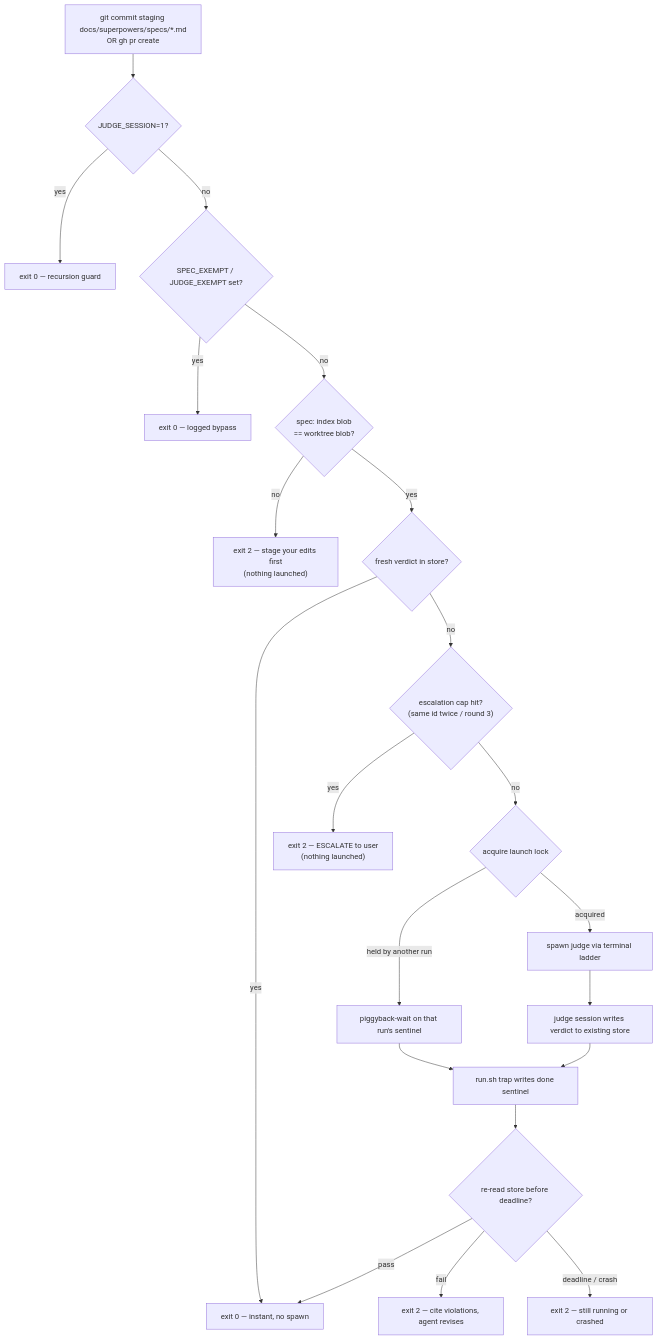
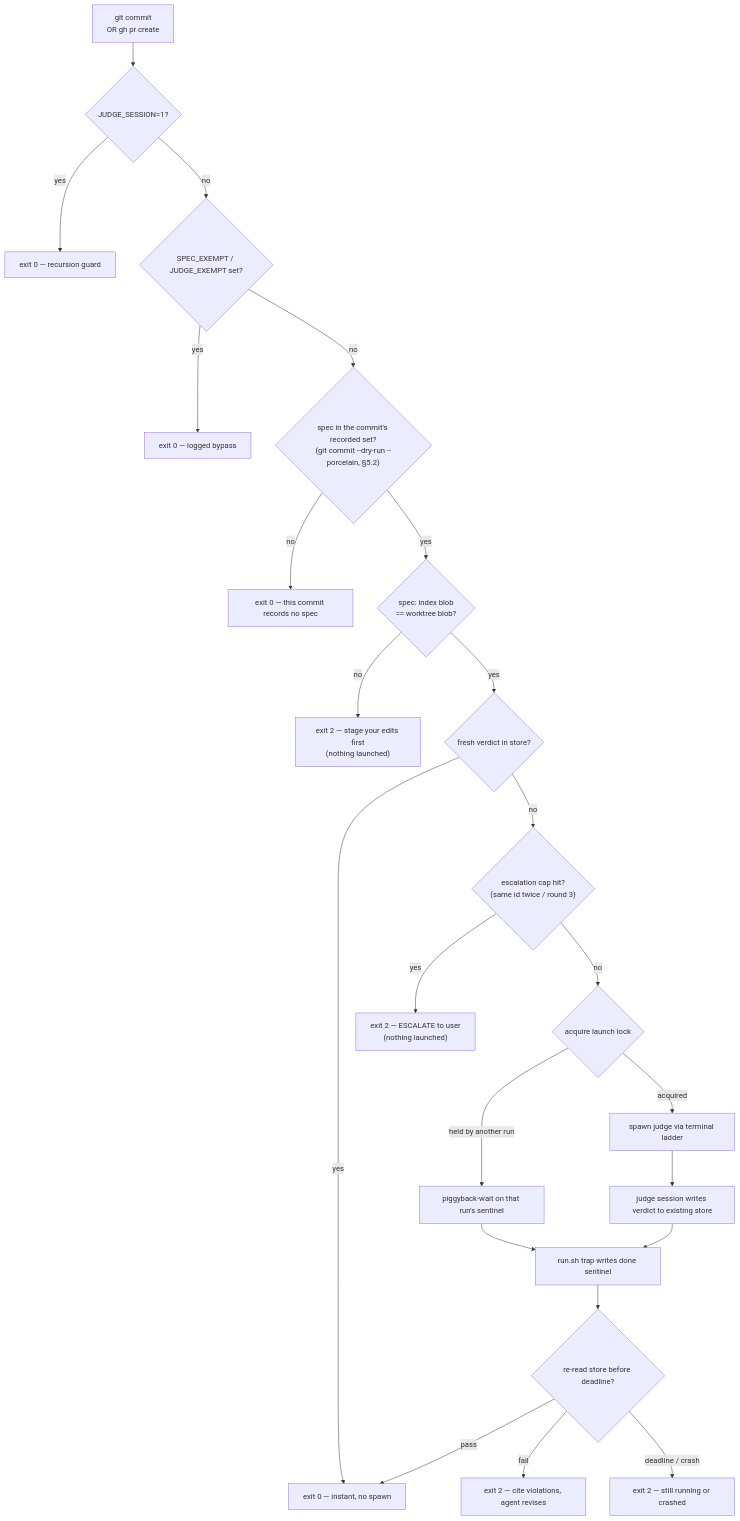
The first of 3 diagrams in docs/superpowers/specs/2026-07-20-judge-terminal-enforcement-design.md (suyatdev/.claude), drawn with Mermaid before and after one commit. The commit also changed other lines of this file, not shown here.

First line of the commit message:
docs(spec): round 4 revision — launcher-derived prior violations, dry-run set detection

````diff
--- a/docs/superpowers/specs/2026-07-20-judge-terminal-enforcement-design.md
+++ b/docs/superpowers/specs/2026-07-20-judge-terminal-enforcement-design.md
@@ -64,23 +66,25 @@
 ```mermaid
 flowchart TD
-    A["git commit staging docs/superpowers/specs/*.md<br/>OR gh pr create"] --> B{"JUDGE_SESSION=1?"}
+    A["git commit<br/>OR gh pr create"] --> B{"JUDGE_SESSION=1?"}
     B -- yes --> Z["exit 0 — recursion guard"]
     B -- no --> C{"SPEC_EXEMPT / JUDGE_EXEMPT set?"}
     C -- yes --> Y["exit 0 — logged bypass"]
-    C -- no --> P{"spec: index blob<br/>== worktree blob?"}
+    C -- no --> N{"spec in the commit's recorded set?<br/>(git commit --dry-run --porcelain, §5.2)"}
+    N -- no --> N2["exit 0 — this commit records no spec"]
+    N -- yes --> P{"spec: index blob<br/>== worktree blob?"}
     P -- no --> P2["exit 2 — stage your edits first<br/>(nothing launched)"]
     P -- yes --> D{"fresh verdict in store?"}
     D -- yes --> Z2["exit 0 — instant, no spawn"]
     D -- no --> X{"escalation cap hit?<br/>(same id twice / round 3)"}
     X -- yes --> X2["exit 2 — ESCALATE to user<br/>(nothing launched)"]
     X -- no --> E{"acquire launch lock"}
     E -- "held by another run" --> F["piggyback-wait on that run's sentinel"]
     E -- acquired --> G["spawn judge via terminal ladder"]
     G --> H["judge session writes verdict to existing store"]
     H --> I["run.sh trap writes done sentinel"]
     F --> I
     I --> J{"re-read store before deadline?"}
     J -- pass --> Z2
     J -- fail --> K["exit 2 — cite violations, agent revises"]
     J -- "deadline / crash" --> L["exit 2 — still running or crashed"]
 ```
````
